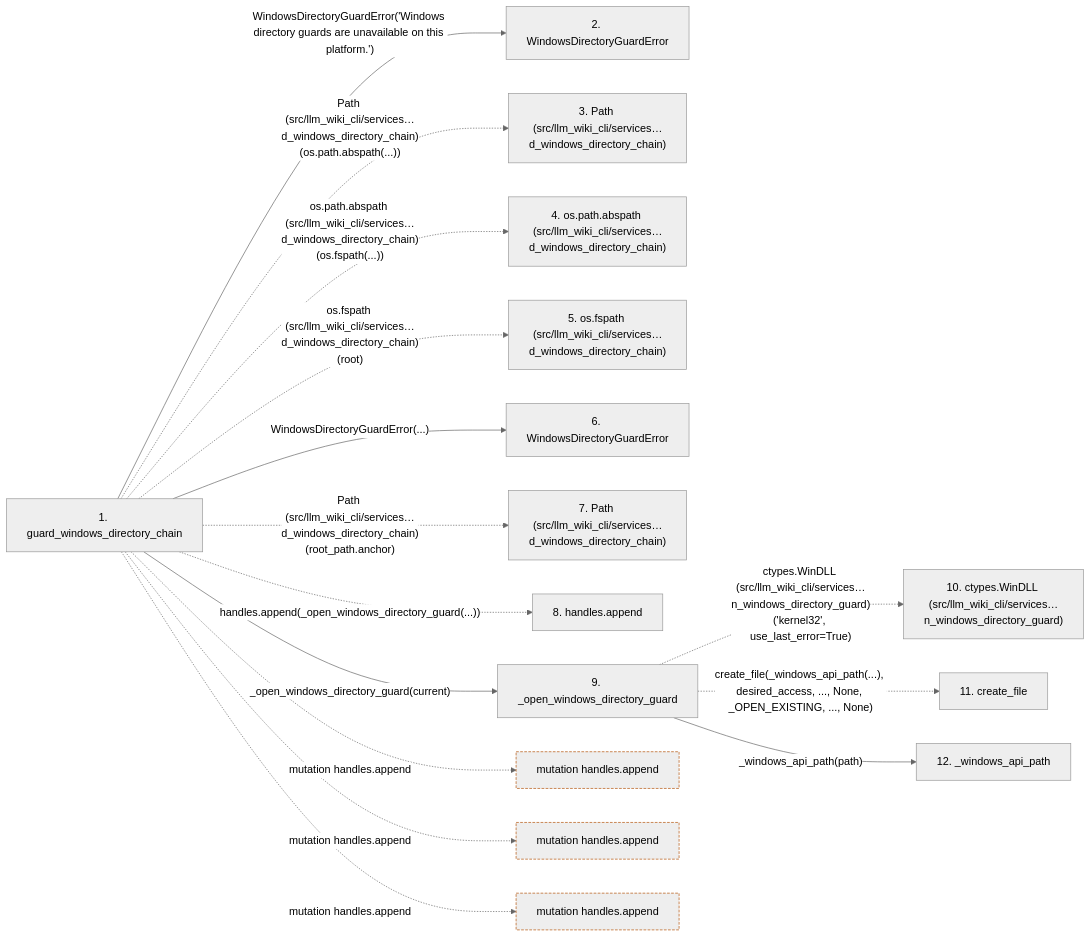
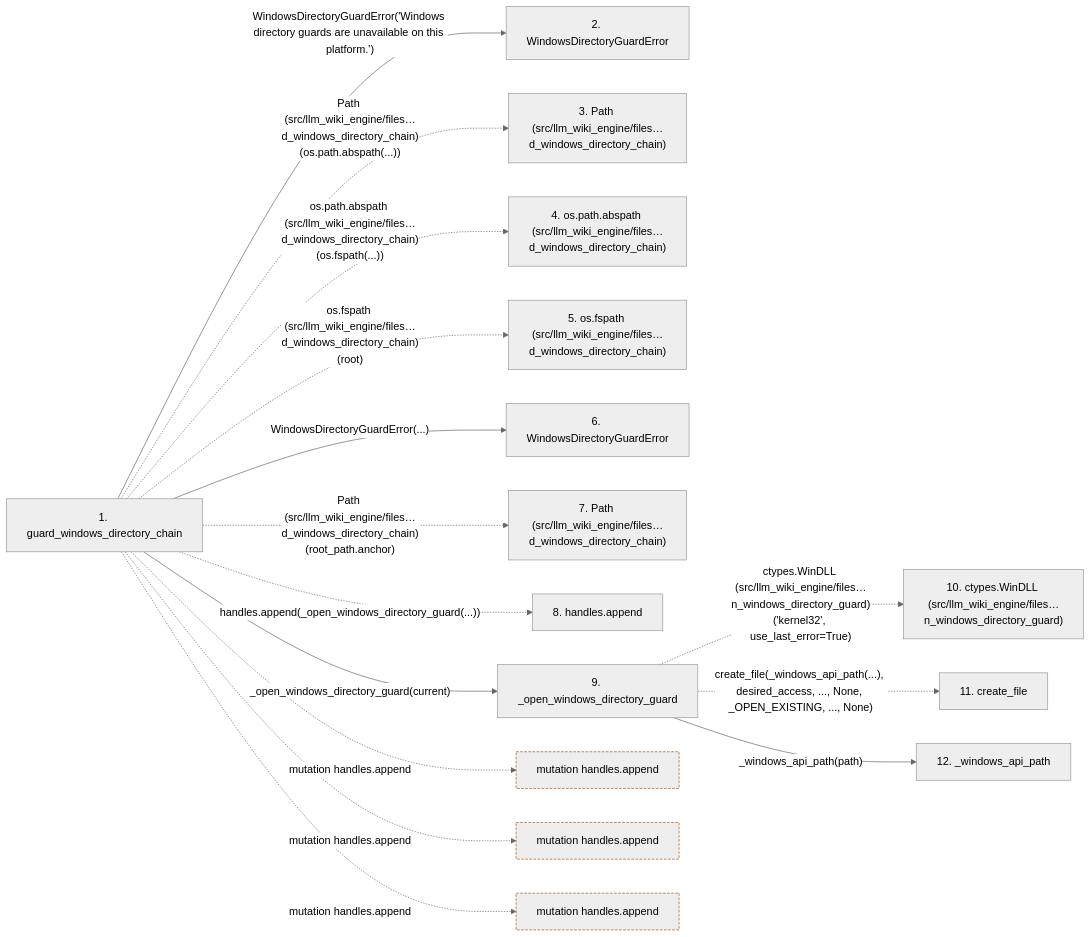
One commit to Denissvgn/python-wiki-llm changed the second of 2 diagrams in docs/llm_wiki/flows/api-guard_windows_directory_chain.md. Above: the diagram before and after it, drawn with Mermaid (neutral theme). The commit also changed other lines of this file and 739 other files, not shown here.

First line of the commit message:
docs: refresh the wiki for the second engine batch

````diff
--- a/docs/llm_wiki/flows/api-guard_windows_directory_chain.md
+++ b/docs/llm_wiki/flows/api-guard_windows_directory_chain.md
@@ -123,41 +123,41 @@
 ```mermaid
 flowchart LR
     s1["1. guard_windows_directory_chain"]
     s2["2. WindowsDirectoryGuardError"]
-    s3["3. Path (src/llm_wiki_cli/services…d_windows_directory_chain)"]
-    s4["4. os.path.abspath (src/llm_wiki_cli/services…d_windows_directory_chain)"]
-    s5["5. os.fspath (src/llm_wiki_cli/services…d_windows_directory_chain)"]
+    s3["3. Path (src/llm_wiki_engine/files…d_windows_directory_chain)"]
+    s4["4. os.path.abspath (src/llm_wiki_engine/files…d_windows_directory_chain)"]
+    s5["5. os.fspath (src/llm_wiki_engine/files…d_windows_directory_chain)"]
     s6["6. WindowsDirectoryGuardError"]
-    s7["7. Path (src/llm_wiki_cli/services…d_windows_directory_chain)"]
+    s7["7. Path (src/llm_wiki_engine/files…d_windows_directory_chain)"]
     s8["8. handles.append"]
     s9["9. _open_windows_directory_guard"]
-    s10["10. ctypes.WinDLL (src/llm_wiki_cli/services…n_windows_directory_guard)"]
+    s10["10. ctypes.WinDLL (src/llm_wiki_engine/files…n_windows_directory_guard)"]
     s11["11. create_file"]
     s12["12. _windows_api_path"]
     s1 -->|"WindowsDirectoryGuardError('Windows directory guards are unavailable on this platform.')"| s2
-    s1 -. "Path (src/llm_wiki_cli/services…d_windows_directory_chain)(os.path.abspath(...))" .-> s3
-    s1 -. "os.path.abspath (src/llm_wiki_cli/services…d_windows_directory_chain)(os.fspath(...))" .-> s4
-    s1 -. "os.fspath (src/llm_wiki_cli/services…d_windows_directory_chain)(root)" .-> s5
+    s1 -. "Path (src/llm_wiki_engine/files…d_windows_directory_chain)(os.path.abspath(...))" .-> s3
+    s1 -. "os.path.abspath (src/llm_wiki_engine/files…d_windows_directory_chain)(os.fspath(...))" .-> s4
+    s1 -. "os.fspath (src/llm_wiki_engine/files…d_windows_directory_chain)(root)" .-> s5
     s1 -->|"WindowsDirectoryGuardError(...)"| s6
-    s1 -. "Path (src/llm_wiki_cli/services…d_windows_directory_chain)(root_path.anchor)" .-> s7
+    s1 -. "Path (src/llm_wiki_engine/files…d_windows_directory_chain)(root_path.anchor)" .-> s7
     s1 -. "handles.append(_open_windows_directory_guard(...))" .-> s8
     s1 -->|"_open_windows_directory_guard(current)"| s9
-    s9 -. "ctypes.WinDLL (src/llm_wiki_cli/services…n_windows_directory_guard)('kernel32', use_last_error=True)" .-> s10
+    s9 -. "ctypes.WinDLL (src/llm_wiki_engine/files…n_windows_directory_guard)('kernel32', use_last_error=True)" .-> s10
     s9 -. "create_file(_windows_api_path(...), desired_access, ..., None, _OPEN_EXISTING, ..., None)" .-> s11
     s9 -->|"_windows_api_path(path)"| s12
     b0["mutation handles.append"]
     s1 -. "mutation handles.append" .-> b0
     b1["mutation handles.append"]
     s1 -. "mutation handles.append" .-> b1
     b2["mutation handles.append"]
     s1 -. "mutation handles.append" .-> b2
     click s1 "../modules/filesystem_guard.md"
     click s2 "../modules/filesystem_guard.md"
     click s6 "../modules/filesystem_guard.md"
     click s9 "../modules/filesystem_guard.md"
     click s12 "../modules/filesystem_guard.md"
     classDef boundary stroke:#b45309,stroke-dasharray: 4 2
     class b0 boundary
     class b1 boundary
     class b2 boundary
 ```
````
